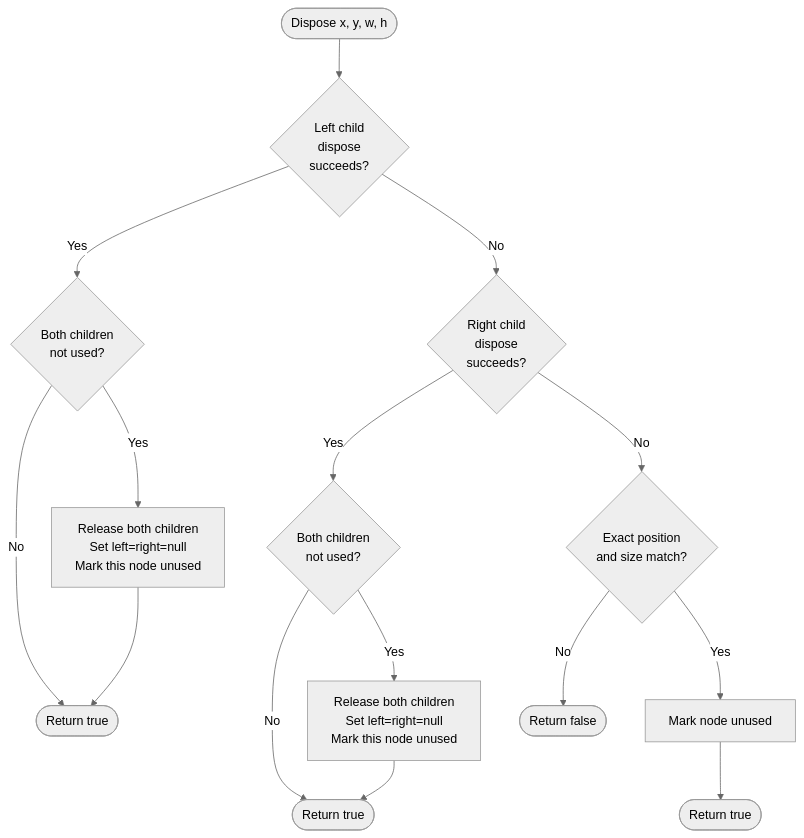
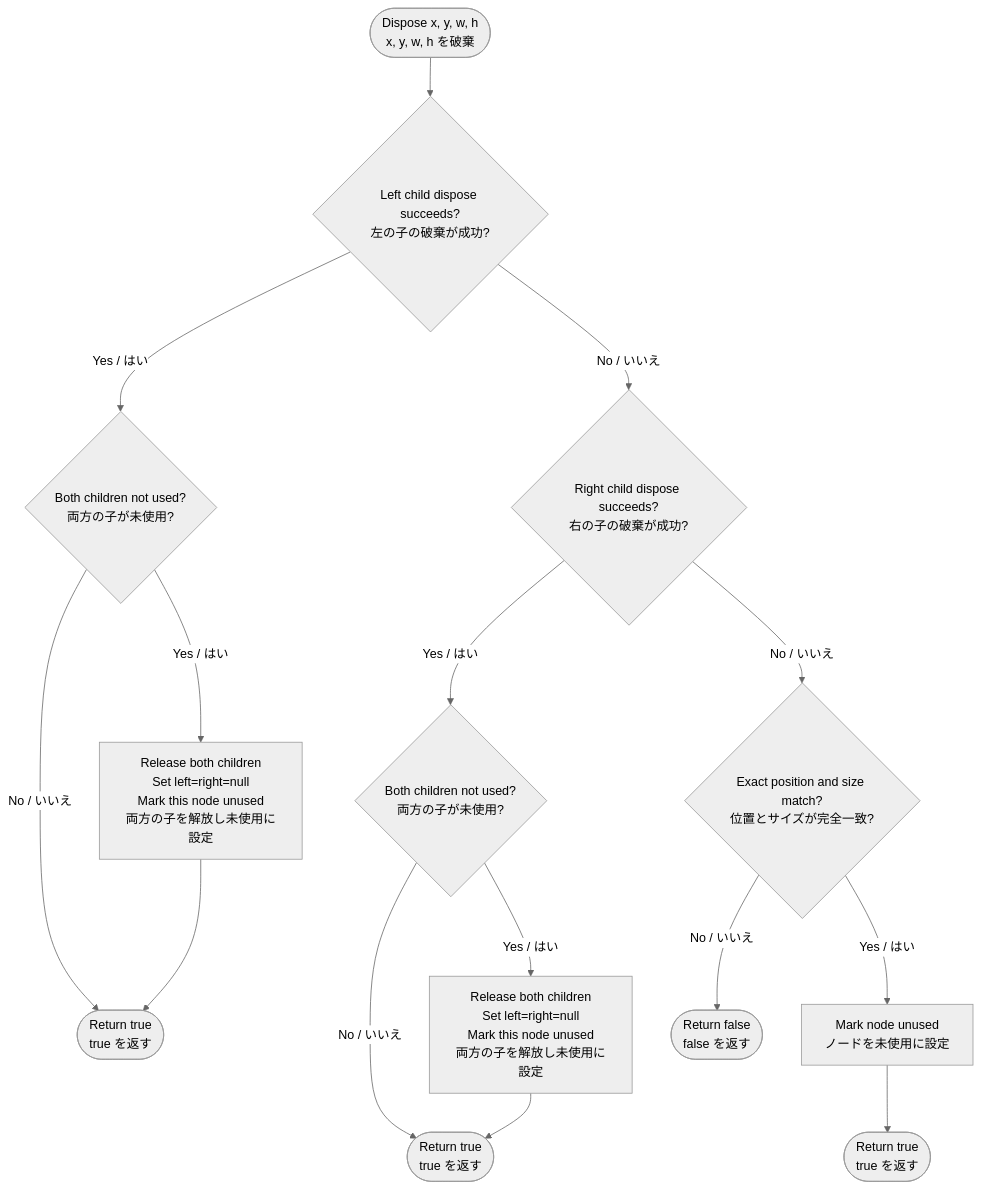
One commit to Next2D/player changed the third of 3 diagrams in packages/texture-packer/README.md. Above: the diagram before and after it, drawn with Mermaid (neutral theme). The commit also changed other lines of this file and 2 other files, not shown here.

````diff
--- a/packages/texture-packer/README.md
+++ b/packages/texture-packer/README.md
@@ -128,21 +135,21 @@
 ```mermaid
 flowchart TD
-    Start([Dispose x, y, w, h]) --> TryLeft{Left child<br/>dispose<br/>succeeds?}
+    Start([Dispose x, y, w, h<br/>x, y, w, h を破棄]) --> TryLeft{Left child dispose succeeds?<br/>左の子の破棄が成功?}
 
-    TryLeft -->|Yes| CheckMergeL{Both children<br/>not used?}
-    CheckMergeL -->|Yes| MergeL[Release both children<br/>Set left=right=null<br/>Mark this node unused]
-    CheckMergeL -->|No| ReturnTrueL([Return true])
+    TryLeft -->|Yes / はい| CheckMergeL{Both children not used?<br/>両方の子が未使用?}
+    CheckMergeL -->|Yes / はい| MergeL[Release both children<br/>Set left=right=null<br/>Mark this node unused<br/>両方の子を解放し未使用に設定]
+    CheckMergeL -->|No / いいえ| ReturnTrueL([Return true<br/>true を返す])
     MergeL --> ReturnTrueL
 
-    TryLeft -->|No| TryRight{Right child<br/>dispose<br/>succeeds?}
+    TryLeft -->|No / いいえ| TryRight{Right child dispose succeeds?<br/>右の子の破棄が成功?}
 
-    TryRight -->|Yes| CheckMergeR{Both children<br/>not used?}
-    CheckMergeR -->|Yes| MergeR[Release both children<br/>Set left=right=null<br/>Mark this node unused]
-    CheckMergeR -->|No| ReturnTrueR([Return true])
+    TryRight -->|Yes / はい| CheckMergeR{Both children not used?<br/>両方の子が未使用?}
+    CheckMergeR -->|Yes / はい| MergeR[Release both children<br/>Set left=right=null<br/>Mark this node unused<br/>両方の子を解放し未使用に設定]
+    CheckMergeR -->|No / いいえ| ReturnTrueR([Return true<br/>true を返す])
     MergeR --> ReturnTrueR
 
-    TryRight -->|No| CheckMatch{Exact position<br/>and size match?}
-    CheckMatch -->|Yes| MarkUnused[Mark node unused]
-    MarkUnused --> ReturnTrue([Return true])
-    CheckMatch -->|No| ReturnFalse([Return false])
+    TryRight -->|No / いいえ| CheckMatch{Exact position and size match?<br/>位置とサイズが完全一致?}
+    CheckMatch -->|Yes / はい| MarkUnused[Mark node unused<br/>ノードを未使用に設定]
+    MarkUnused --> ReturnTrue([Return true<br/>true を返す])
+    CheckMatch -->|No / いいえ| ReturnFalse([Return false<br/>false を返す])
 ```
````
